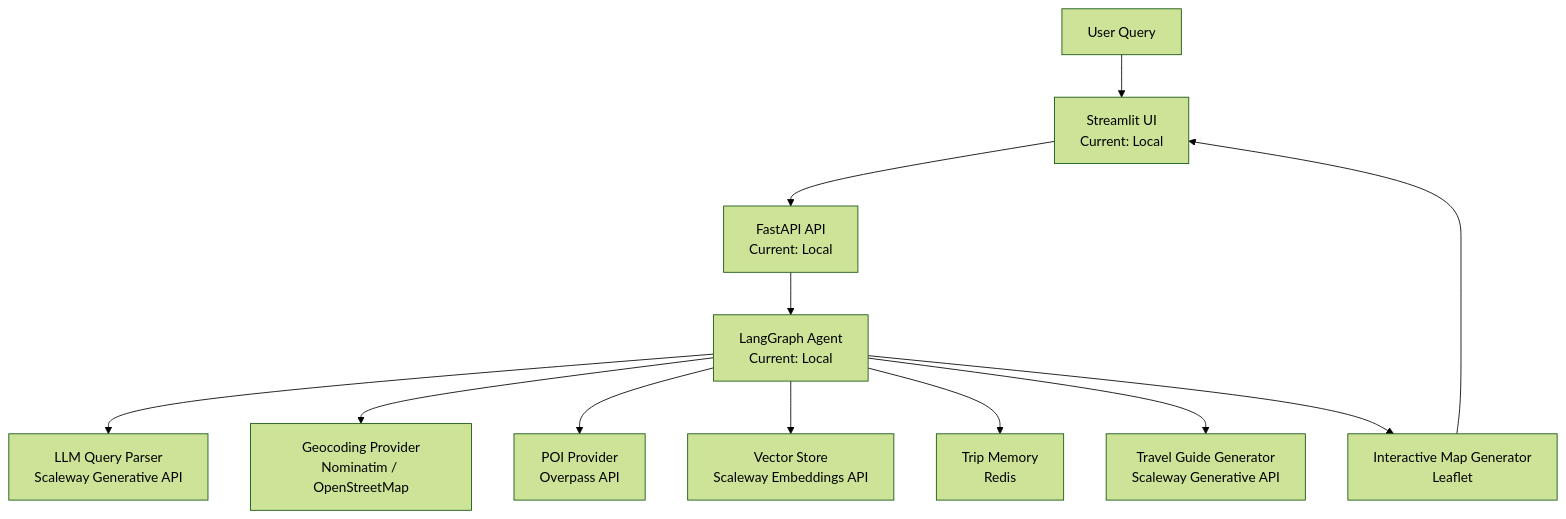
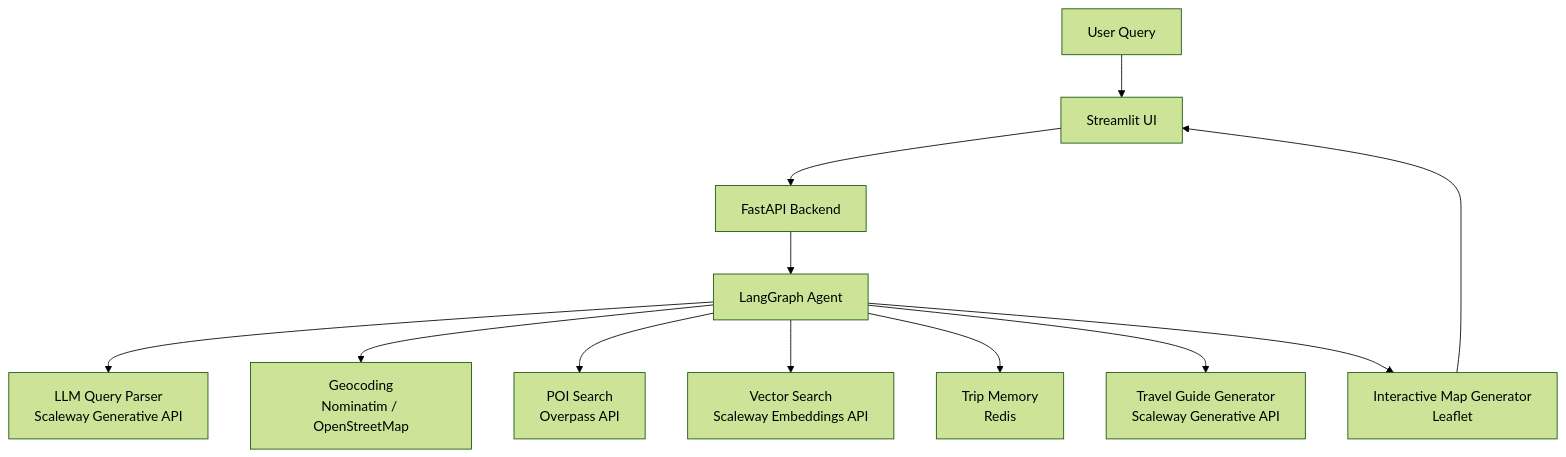
The first of 2 diagrams in readme.md (JWangSCW/personal_assistant), drawn with Mermaid (forest theme) before and after one commit. The commit also changed other lines of this file, not shown here.

````diff
--- a/readme.md
+++ b/readme.md
@@ -39,27 +56,27 @@
-```mermaid
+``` mermaid
 flowchart TD
 
     USER[User Query]
 
-    USER --> UI[Streamlit UI<br>Current: Local]
+    USER --> UI[Streamlit UI]
 
-    UI --> API[FastAPI API<br>Current: Local]
+    UI --> API[FastAPI Backend]
 
-    API --> AGENT[LangGraph Agent<br>Current: Local]
+    API --> AGENT[LangGraph Agent]
 
     AGENT --> PARSER[LLM Query Parser<br>Scaleway Generative API]
 
-    AGENT --> GEO[Geocoding Provider<br>Nominatim / OpenStreetMap]
+    AGENT --> GEO[Geocoding<br>Nominatim / OpenStreetMap]
 
-    AGENT --> POI[POI Provider<br>Overpass API]
+    AGENT --> POI[POI Search<br>Overpass API]
 
-    AGENT --> VEC[Vector Store<br>Scaleway Embeddings API]
+    AGENT --> VEC[Vector Search<br>Scaleway Embeddings API]
 
     AGENT --> MEM[Trip Memory<br>Redis]
 
     AGENT --> LLM[Travel Guide Generator<br>Scaleway Generative API]
 
     AGENT --> MAP[Interactive Map Generator<br>Leaflet]
 
     MAP --> UI
 ```
````
